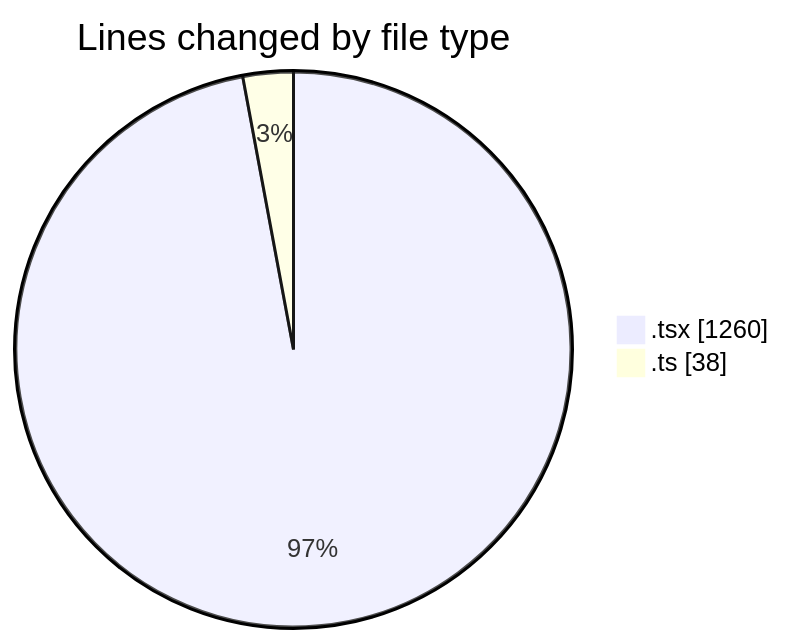
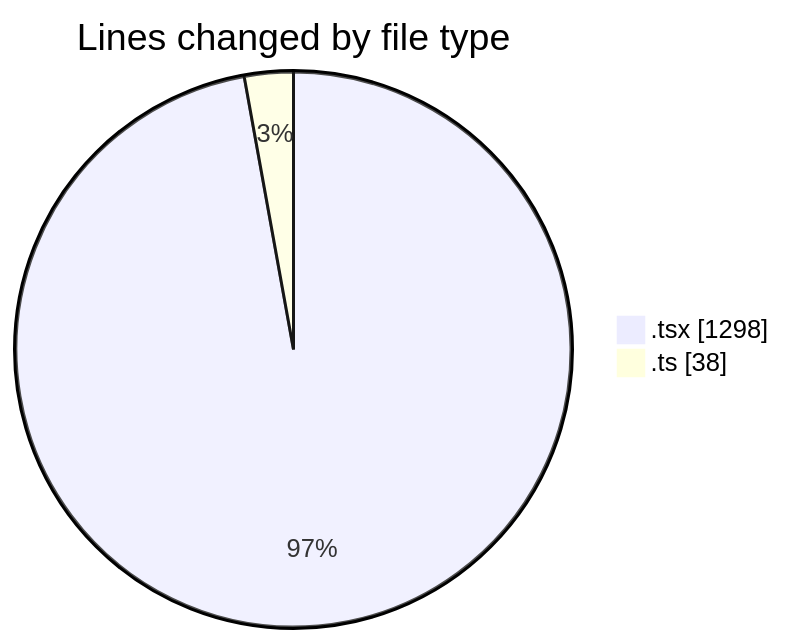
Before and after one commit to momahboobian/code-tracking: the first of 2 diagrams in 2025-02-11/cda/README.md, drawn with Mermaid. The commit also changed other lines of this file and 1 other file, not shown here.

````diff
--- a/2025-02-11/cda/README.md
+++ b/2025-02-11/cda/README.md
@@ -23,6 +23,6 @@
 ```mermaid
 pie showData
 title Lines changed by file type
-".tsx" : 1260
+".tsx" : 1298
 ".ts" : 38
 ```
````
